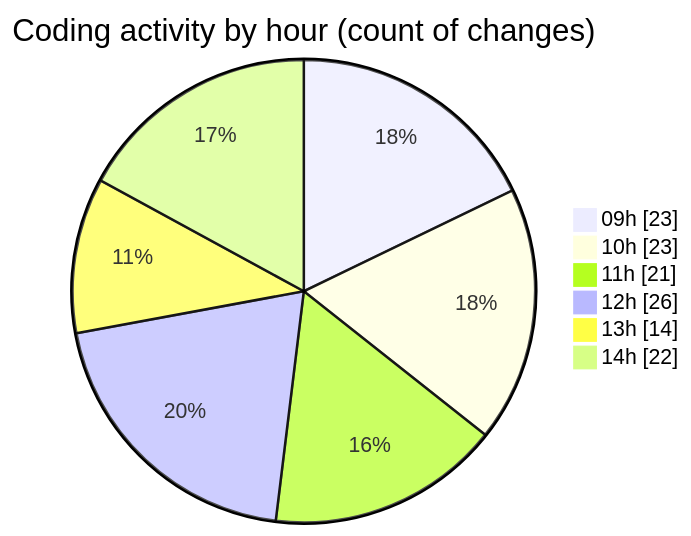
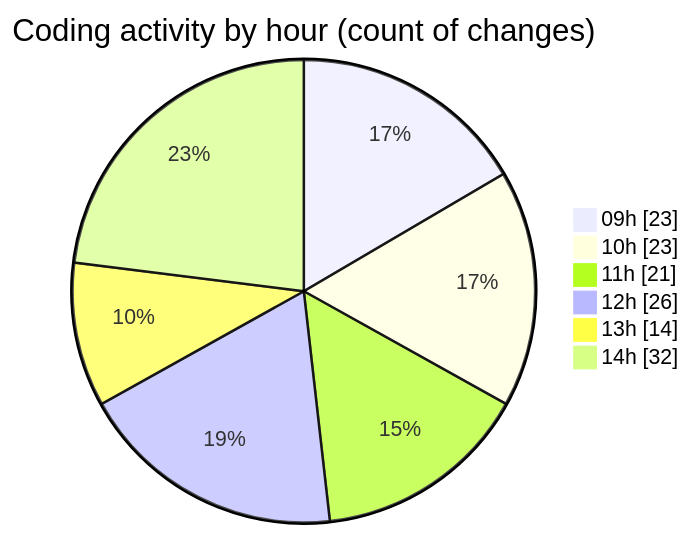
Before and after one commit to momahboobian/code-tracking: the second of 2 diagrams in 2025-12-04/cda/README.md, drawn with Mermaid. The commit also changed other lines of this file and 1 other file, not shown here.

````diff
--- a/2025-12-04/cda/README.md
+++ b/2025-12-04/cda/README.md
@@ -37,10 +37,10 @@
 ```mermaid
 pie showData
 title Coding activity by hour (count of changes)
 "09h" : 23
 "10h" : 23
 "11h" : 21
 "12h" : 26
 "13h" : 14
-"14h" : 22
+"14h" : 32
 ```
````
